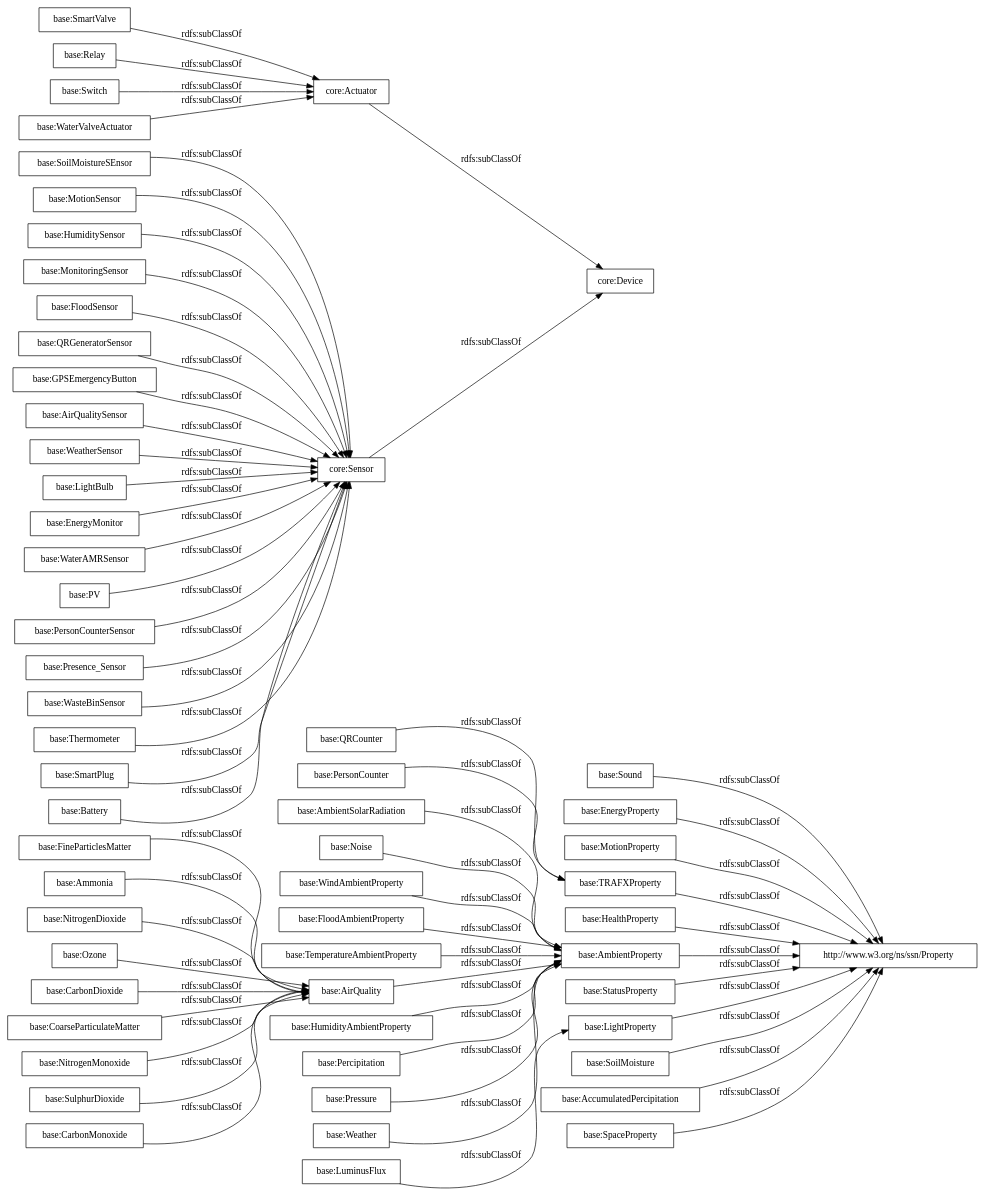
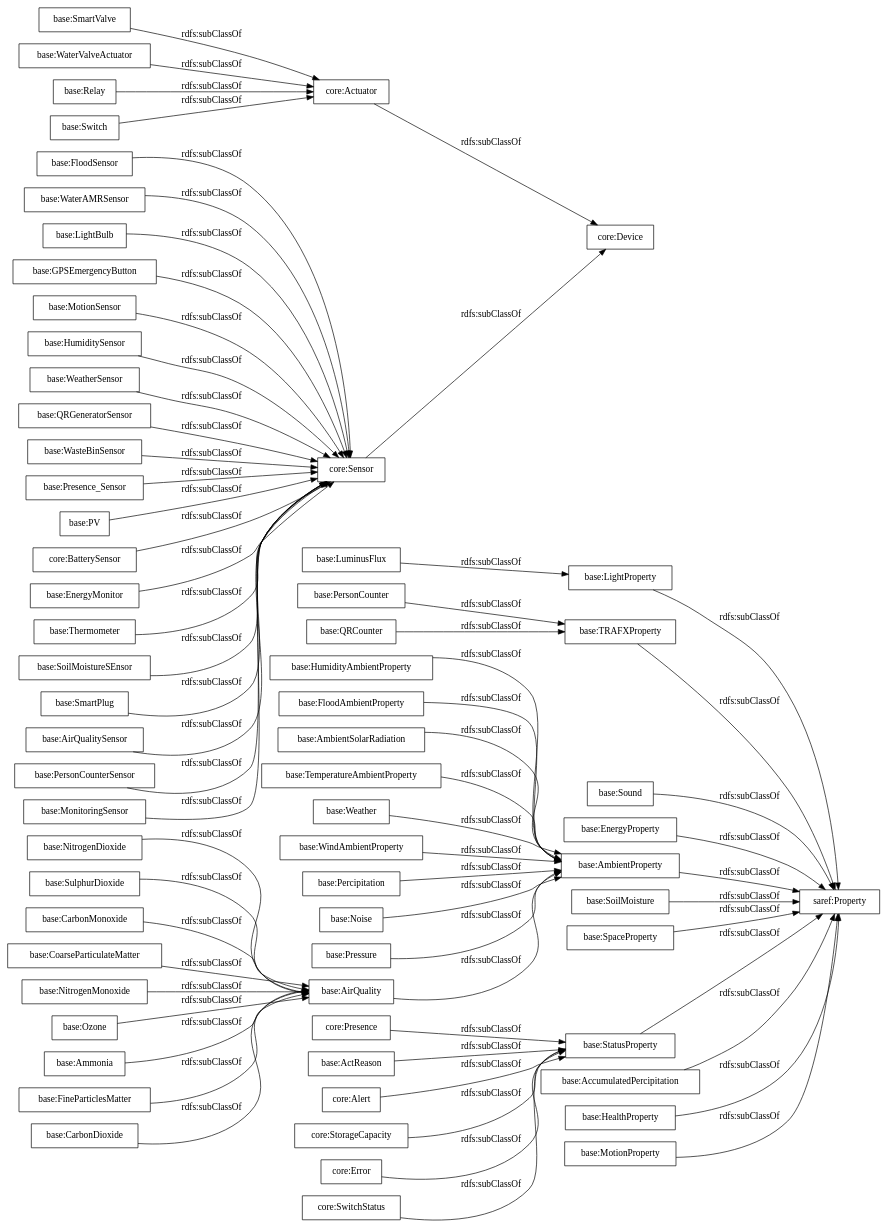
The diagram in OnToology/Ontology/adapters-ontology.owl/diagrams/ar2dtool-taxonomy/adapters-ontology.owl.png.dot (oeg-upm/auroral-adapters-ontology), drawn with Graphviz before and after one commit. The commit also changed 12 other files, not shown here.

```diff
--- a/OnToology/Ontology/adapters-ontology.owl/diagrams/ar2dtool-taxonomy/adapters-ontology.owl.png.dot
+++ b/OnToology/Ontology/adapters-ontology.owl/diagrams/ar2dtool-taxonomy/adapters-ontology.owl.png.dot
@@ -1,64 +1,70 @@
 digraph ar2dtool_diagram { 
 rankdir=LR;
 size="1000"
-node [shape = rectangle, color="black"]; "base:Sound" "base:SoilMoistureSEnsor" "base:EnergyProperty" "base:FineParticlesMatter" "base:WaterValveActuator" "base:QRGeneratorSensor" "base:GPSEmergencyButton" "base:Ammonia" "base:AirQualitySensor" "base:NitrogenDioxide" "core:Device" "base:WeatherSensor" "base:Ozone" "base:LightBulb" "base:CarbonDioxide" "base:SmartValve" "core:Sensor" "core:Actuator" "base:QRCounter" "base:AmbientSolarRadiation" "base:EnergyMonitor" "base:WaterAMRSensor" "base:MotionProperty" "base:Noise" "base:Relay" "base:PV" "base:WindAmbientProperty" "base:FloodAmbientProperty" "base:Switch" "base:PersonCounterSensor" "base:TRAFXProperty" "base:Presence_Sensor" "base:WasteBinSensor" "base:TemperatureAmbientProperty" "base:LuminusFlux" "base:Thermometer" "base:HealthProperty" "base:AmbientProperty" "base:AirQuality" "base:HumidityAmbientProperty" "base:SmartPlug" "base:Battery" "base:StatusProperty" "base:MotionSensor" "base:LightProperty" "base:CoarseParticulateMatter" "base:Percipitation" "base:HumiditySensor" "base:SoilMoisture" "base:AccumulatedPercipitation" "base:NitrogenMonoxide" "base:MonitoringSensor" "base:Pressure" "base:SulphurDioxide" "base:PersonCounter" "base:FloodSensor" "base:SpaceProperty" "http://www.w3.org/ns/ssn/Property" "base:Weather" "base:CarbonMonoxide" ; /*classes style*/
-	"base:MonitoringSensor" -> "core:Sensor" [ label = "rdfs:subClassOf" ];
+node [shape = rectangle, color="black"]; "core:Presence" "base:NitrogenDioxide" "base:QRCounter" "base:LightProperty" "base:FloodSensor" "base:Switch" "base:Sound" "base:HumiditySensor" "base:EnergyProperty" "base:WeatherSensor" "base:AirQuality" "base:HumidityAmbientProperty" "base:SulphurDioxide" "base:QRGeneratorSensor" "base:FloodAmbientProperty" "core:Device" "core:Sensor" "base:CarbonMonoxide" "core:Actuator" "base:LuminusFlux" "base:TRAFXProperty" "base:CoarseParticulateMatter" "base:AmbientSolarRadiation" "base:SoilMoisture" "base:SpaceProperty" "base:AmbientProperty" "base:WasteBinSensor" "core:Error" "saref:Property" "core:SwitchStatus" "base:SmartValve" "base:TemperatureAmbientProperty" "base:ActReason" "base:WaterValveActuator" "base:Presence_Sensor" "base:Relay" "base:AccumulatedPercipitation" "base:HealthProperty" "base:MotionProperty" "base:NitrogenMonoxide" "base:Weather" "base:Ozone" "base:Ammonia" "base:PV" "core:BatterySensor" "base:EnergyMonitor" "base:WindAmbientProperty" "base:Percipitation" "base:Thermometer" "base:SoilMoistureSEnsor" "base:SmartPlug" "base:Noise" "base:AirQualitySensor" "base:PersonCounterSensor" "base:MonitoringSensor" "base:WaterAMRSensor" "base:LightBulb" "base:FineParticlesMatter" "base:GPSEmergencyButton" "base:CarbonDioxide" "core:Alert" "base:Pressure" "core:StorageCapacity" "base:StatusProperty" "base:MotionSensor" "base:PersonCounter" ; /*classes style*/
+	"base:CarbonMonoxide" -> "base:AirQuality" [ label = "rdfs:subClassOf" ];
+	"base:Presence_Sensor" -> "core:Sensor" [ label = "rdfs:subClassOf" ];
+	"base:Relay" -> "core:Actuator" [ label = "rdfs:subClassOf" ];
+	"base:SpaceProperty" -> "saref:Property" [ label = "rdfs:subClassOf" ];
+	"base:WindAmbientProperty" -> "base:AmbientProperty" [ label = "rdfs:subClassOf" ];
+	"core:BatterySensor" -> "core:Sensor" [ label = "rdfs:subClassOf" ];
+	"core:Presence" -> "base:StatusProperty" [ label = "rdfs:subClassOf" ];
+	"core:Sensor" -> "core:Device" [ label = "rdfs:subClassOf" ];
+	"base:PersonCounter" -> "base:TRAFXProperty" [ label = "rdfs:subClassOf" ];
+	"base:LightProperty" -> "saref:Property" [ label = "rdfs:subClassOf" ];
+	"base:LuminusFlux" -> "base:LightProperty" [ label = "rdfs:subClassOf" ];
+	"base:SmartValve" -> "core:Actuator" [ label = "rdfs:subClassOf" ];
+	"base:Thermometer" -> "core:Sensor" [ label = "rdfs:subClassOf" ];
+	"base:GPSEmergencyButton" -> "core:Sensor" [ label = "rdfs:subClassOf" ];
+	"base:CoarseParticulateMatter" -> "base:AirQuality" [ label = "rdfs:subClassOf" ];
+	"base:AirQuality" -> "base:AmbientProperty" [ label = "rdfs:subClassOf" ];
+	"core:Alert" -> "base:StatusProperty" [ label = "rdfs:subClassOf" ];
+	"base:SmartPlug" -> "core:Sensor" [ label = "rdfs:subClassOf" ];
+	"base:WasteBinSensor" -> "core:Sensor" [ label = "rdfs:subClassOf" ];
+	"base:AmbientSolarRadiation" -> "base:AmbientProperty" [ label = "rdfs:subClassOf" ];
+	"base:NitrogenMonoxide" -> "base:AirQuality" [ label = "rdfs:subClassOf" ];
+	"base:TemperatureAmbientProperty" -> "base:AmbientProperty" [ label = "rdfs:subClassOf" ];
+	"base:ActReason" -> "base:StatusProperty" [ label = "rdfs:subClassOf" ];
+	"base:HumiditySensor" -> "core:Sensor" [ label = "rdfs:subClassOf" ];
+	"base:SoilMoisture" -> "saref:Property" [ label = "rdfs:subClassOf" ];
+	"base:NitrogenDioxide" -> "base:AirQuality" [ label = "rdfs:subClassOf" ];
+	"base:LightBulb" -> "core:Sensor" [ label = "rdfs:subClassOf" ];
+	"core:Actuator" -> "core:Device" [ label = "rdfs:subClassOf" ];
+	"base:QRCounter" -> "base:TRAFXProperty" [ label = "rdfs:subClassOf" ];
+	"base:MotionProperty" -> "saref:Property" [ label = "rdfs:subClassOf" ];
+	"base:EnergyProperty" -> "saref:Property" [ label = "rdfs:subClassOf" ];
+	"base:StatusProperty" -> "saref:Property" [ label = "rdfs:subClassOf" ];
+	"base:WaterValveActuator" -> "core:Actuator" [ label = "rdfs:subClassOf" ];
+	"base:Sound" -> "saref:Property" [ label = "rdfs:subClassOf" ];
+	"base:Ozone" -> "base:AirQuality" [ label = "rdfs:subClassOf" ];
+	"base:CarbonDioxide" -> "base:AirQuality" [ label = "rdfs:subClassOf" ];
+	"base:PV" -> "core:Sensor" [ label = "rdfs:subClassOf" ];
+	"base:WaterAMRSensor" -> "core:Sensor" [ label = "rdfs:subClassOf" ];
+	"base:Noise" -> "base:AmbientProperty" [ label = "rdfs:subClassOf" ];
+	"base:MotionSensor" -> "core:Sensor" [ label = "rdfs:subClassOf" ];
+	"base:AirQualitySensor" -> "core:Sensor" [ label = "rdfs:subClassOf" ];
+	"base:Weather" -> "base:AmbientProperty" [ label = "rdfs:subClassOf" ];
+	"base:Ammonia" -> "base:AirQuality" [ label = "rdfs:subClassOf" ];
+	"base:SulphurDioxide" -> "base:AirQuality" [ label = "rdfs:subClassOf" ];
 	"base:FineParticlesMatter" -> "base:AirQuality" [ label = "rdfs:subClassOf" ];
 	"base:PersonCounterSensor" -> "core:Sensor" [ label = "rdfs:subClassOf" ];
-	"base:Battery" -> "core:Sensor" [ label = "rdfs:subClassOf" ];
+	"base:EnergyMonitor" -> "core:Sensor" [ label = "rdfs:subClassOf" ];
+	"base:QRGeneratorSensor" -> "core:Sensor" [ label = "rdfs:subClassOf" ];
+	"base:FloodSensor" -> "core:Sensor" [ label = "rdfs:subClassOf" ];
+	"base:HealthProperty" -> "saref:Property" [ label = "rdfs:subClassOf" ];
+	"base:FloodAmbientProperty" -> "base:AmbientProperty" [ label = "rdfs:subClassOf" ];
+	"base:Switch" -> "core:Actuator" [ label = "rdfs:subClassOf" ];
+	"base:Pressure" -> "base:AmbientProperty" [ label = "rdfs:subClassOf" ];
+	"core:StorageCapacity" -> "base:StatusProperty" [ label = "rdfs:subClassOf" ];
+	"base:SoilMoistureSEnsor" -> "core:Sensor" [ label = "rdfs:subClassOf" ];
 	"base:WeatherSensor" -> "core:Sensor" [ label = "rdfs:subClassOf" ];
-	"base:Presence_Sensor" -> "core:Sensor" [ label = "rdfs:subClassOf" ];
-	"base:SulphurDioxide" -> "base:AirQuality" [ label = "rdfs:subClassOf" ];
 	"base:Percipitation" -> "base:AmbientProperty" [ label = "rdfs:subClassOf" ];
-	"core:Sensor" -> "core:Device" [ label = "rdfs:subClassOf" ];
-	"base:Ammonia" -> "base:AirQuality" [ label = "rdfs:subClassOf" ];
-	"base:HealthProperty" -> "http://www.w3.org/ns/ssn/Property" [ label = "rdfs:subClassOf" ];
-	"base:TRAFXProperty" -> "http://www.w3.org/ns/ssn/Property" [ label = "rdfs:subClassOf" ];
-	"base:NitrogenDioxide" -> "base:AirQuality" [ label = "rdfs:subClassOf" ];
-	"base:Switch" -> "core:Actuator" [ label = "rdfs:subClassOf" ];
-	"base:SmartPlug" -> "core:Sensor" [ label = "rdfs:subClassOf" ];
-	"base:LightBulb" -> "core:Sensor" [ label = "rdfs:subClassOf" ];
-	"base:SpaceProperty" -> "http://www.w3.org/ns/ssn/Property" [ label = "rdfs:subClassOf" ];
-	"base:LuminusFlux" -> "base:LightProperty" [ label = "rdfs:subClassOf" ];
-	"base:Pressure" -> "base:AmbientProperty" [ label = "rdfs:subClassOf" ];
-	"base:Thermometer" -> "core:Sensor" [ label = "rdfs:subClassOf" ];
-	"base:TemperatureAmbientProperty" -> "base:AmbientProperty" [ label = "rdfs:subClassOf" ];
-	"core:Actuator" -> "core:Device" [ label = "rdfs:subClassOf" ];
-	"base:GPSEmergencyButton" -> "core:Sensor" [ label = "rdfs:subClassOf" ];
-	"base:PersonCounter" -> "base:TRAFXProperty" [ label = "rdfs:subClassOf" ];
-	"base:LightProperty" -> "http://www.w3.org/ns/ssn/Property" [ label = "rdfs:subClassOf" ];
-	"base:NitrogenMonoxide" -> "base:AirQuality" [ label = "rdfs:subClassOf" ];
-	"base:CarbonMonoxide" -> "base:AirQuality" [ label = "rdfs:subClassOf" ];
-	"base:Relay" -> "core:Actuator" [ label = "rdfs:subClassOf" ];
-	"base:WindAmbientProperty" -> "base:AmbientProperty" [ label = "rdfs:subClassOf" ];
-	"base:SoilMoisture" -> "http://www.w3.org/ns/ssn/Property" [ label = "rdfs:subClassOf" ];
-	"base:QRCounter" -> "base:TRAFXProperty" [ label = "rdfs:subClassOf" ];
-	"base:MotionProperty" -> "http://www.w3.org/ns/ssn/Property" [ label = "rdfs:subClassOf" ];
+	"base:AmbientProperty" -> "saref:Property" [ label = "rdfs:subClassOf" ];
+	"core:SwitchStatus" -> "base:StatusProperty" [ label = "rdfs:subClassOf" ];
+	"base:TRAFXProperty" -> "saref:Property" [ label = "rdfs:subClassOf" ];
+	"core:Error" -> "base:StatusProperty" [ label = "rdfs:subClassOf" ];
+	"base:MonitoringSensor" -> "core:Sensor" [ label = "rdfs:subClassOf" ];
 	"base:HumidityAmbientProperty" -> "base:AmbientProperty" [ label = "rdfs:subClassOf" ];
-	"base:EnergyProperty" -> "http://www.w3.org/ns/ssn/Property" [ label = "rdfs:subClassOf" ];
-	"base:WaterValveActuator" -> "core:Actuator" [ label = "rdfs:subClassOf" ];
-	"base:FloodAmbientProperty" -> "base:AmbientProperty" [ label = "rdfs:subClassOf" ];
-	"base:AmbientSolarRadiation" -> "base:AmbientProperty" [ label = "rdfs:subClassOf" ];
-	"base:AccumulatedPercipitation" -> "http://www.w3.org/ns/ssn/Property" [ label = "rdfs:subClassOf" ];
-	"base:SmartValve" -> "core:Actuator" [ label = "rdfs:subClassOf" ];
-	"base:AmbientProperty" -> "http://www.w3.org/ns/ssn/Property" [ label = "rdfs:subClassOf" ];
-	"base:AirQualitySensor" -> "core:Sensor" [ label = "rdfs:subClassOf" ];
-	"base:CarbonDioxide" -> "base:AirQuality" [ label = "rdfs:subClassOf" ];
-	"base:Noise" -> "base:AmbientProperty" [ label = "rdfs:subClassOf" ];
-	"base:WasteBinSensor" -> "core:Sensor" [ label = "rdfs:subClassOf" ];
-	"base:AirQuality" -> "base:AmbientProperty" [ label = "rdfs:subClassOf" ];
-	"base:MotionSensor" -> "core:Sensor" [ label = "rdfs:subClassOf" ];
-	"base:HumiditySensor" -> "core:Sensor" [ label = "rdfs:subClassOf" ];
-	"base:FloodSensor" -> "core:Sensor" [ label = "rdfs:subClassOf" ];
-	"base:CoarseParticulateMatter" -> "base:AirQuality" [ label = "rdfs:subClassOf" ];
-	"base:StatusProperty" -> "http://www.w3.org/ns/ssn/Property" [ label = "rdfs:subClassOf" ];
-	"base:PV" -> "core:Sensor" [ label = "rdfs:subClassOf" ];
-	"base:Weather" -> "base:AmbientProperty" [ label = "rdfs:subClassOf" ];
-	"base:Sound" -> "http://www.w3.org/ns/ssn/Property" [ label = "rdfs:subClassOf" ];
-	"base:EnergyMonitor" -> "core:Sensor" [ label = "rdfs:subClassOf" ];
-	"base:Ozone" -> "base:AirQuality" [ label = "rdfs:subClassOf" ];
-	"base:WaterAMRSensor" -> "core:Sensor" [ label = "rdfs:subClassOf" ];
-	"base:SoilMoistureSEnsor" -> "core:Sensor" [ label = "rdfs:subClassOf" ];
-	"base:QRGeneratorSensor" -> "core:Sensor" [ label = "rdfs:subClassOf" ];
+	"base:AccumulatedPercipitation" -> "saref:Property" [ label = "rdfs:subClassOf" ];
 
 }
```
